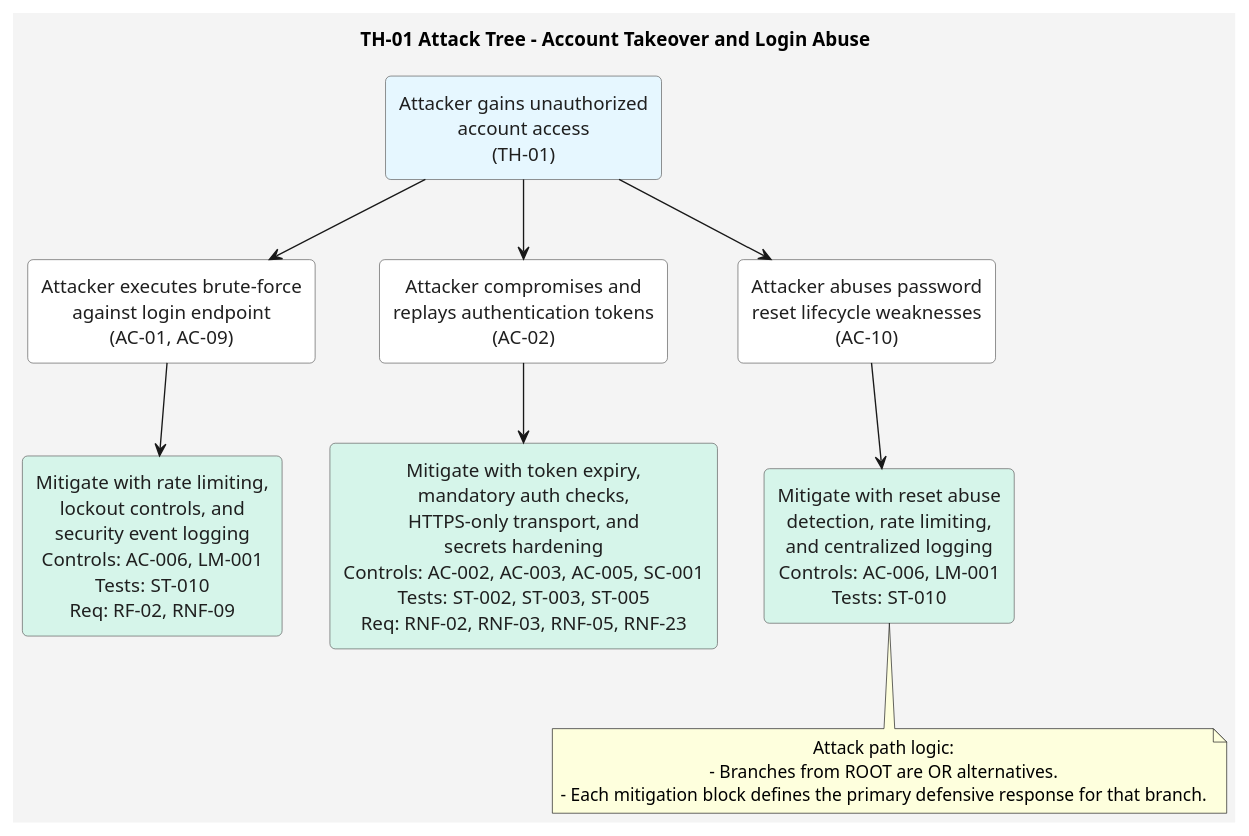
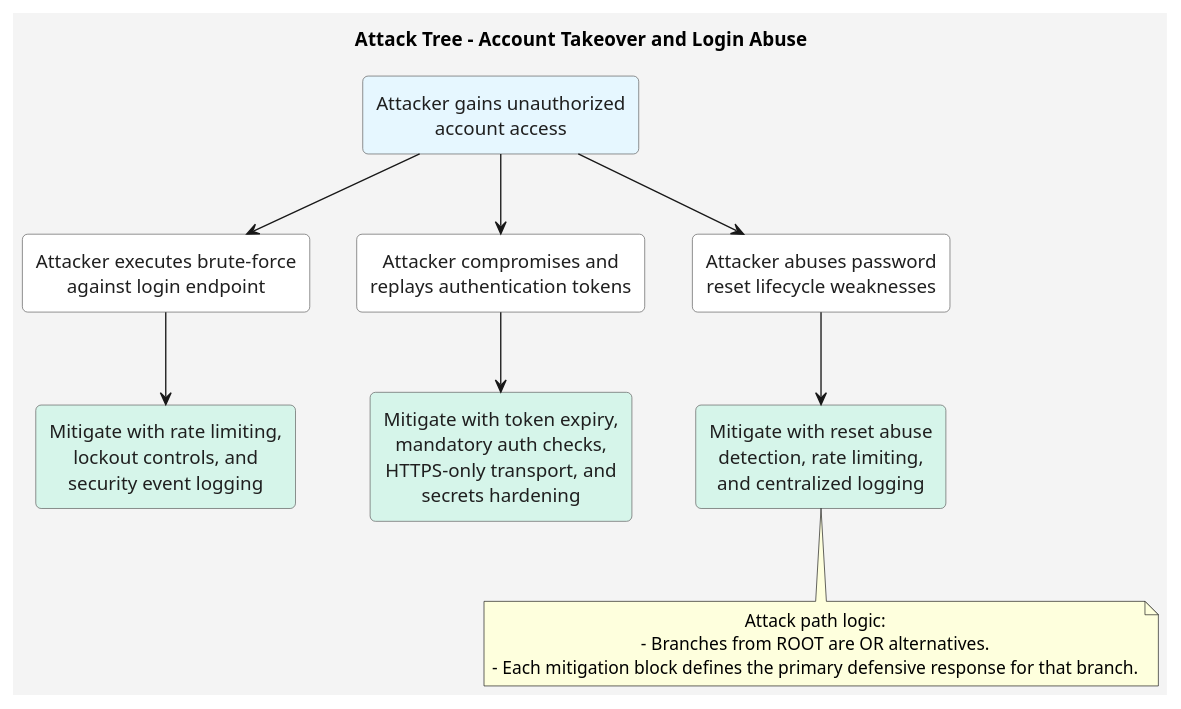
One commit to mei-desofs/desofs2026-wed_nap_2 changed the diagram in Documentation/ThreatModeling/AttackTrees/TH-01-Account-Takeover-Attack-Tree.puml. Above: the diagram before and after it, drawn with PlantUML. The commit also changed 2 other files, not shown here.

Commit message:
Docs: Refactor attack tree titles and descriptions for consistency and clarity

```diff
--- a/Documentation/ThreatModeling/AttackTrees/TH-01-Account-Takeover-Attack-Tree.puml
+++ b/Documentation/ThreatModeling/AttackTrees/TH-01-Account-Takeover-Attack-Tree.puml
@@ -1,37 +1,37 @@
 @startuml
-title TH-01 Attack Tree - Account Takeover and Login Abuse
+title Attack Tree - Account Takeover and Login Abuse
 
 skinparam backgroundColor #f4f4f4
 skinparam shadowing false
 skinparam defaultTextAlignment center
 skinparam rectangle {
 	BorderColor #5c5c5c
 	FontColor #1f1f1f
 	RoundCorner 8
 }
 
-rectangle "Attacker gains unauthorized\naccount access\n(TH-01)" as ROOT #e6f7ff
+rectangle "Attacker gains unauthorized\naccount access" as ROOT #e6f7ff
 
-rectangle "Attacker executes brute-force\nagainst login endpoint\n(AC-01, AC-09)" as BRUTEFORCE #ffffff
-rectangle "Attacker compromises and\nreplays authentication tokens\n(AC-02)" as TOKEN_REPLAY #ffffff
-rectangle "Attacker abuses password\nreset lifecycle weaknesses\n(AC-10)" as RESET_ABUSE #ffffff
+rectangle "Attacker executes brute-force\nagainst login endpoint" as BRUTEFORCE #ffffff
+rectangle "Attacker compromises and\nreplays authentication tokens" as TOKEN_REPLAY #ffffff
+rectangle "Attacker abuses password\nreset lifecycle weaknesses" as RESET_ABUSE #ffffff
 
-rectangle "Mitigate with rate limiting,\nlockout controls, and\nsecurity event logging\nControls: AC-006, LM-001\nTests: ST-010\nReq: RF-02, RNF-09" as M_BRUTEFORCE #d6f5ea
-rectangle "Mitigate with token expiry,\nmandatory auth checks,\nHTTPS-only transport, and\nsecrets hardening\nControls: AC-002, AC-003, AC-005, SC-001\nTests: ST-002, ST-003, ST-005\nReq: RNF-02, RNF-03, RNF-05, RNF-23" as M_TOKEN_REPLAY #d6f5ea
-rectangle "Mitigate with reset abuse\ndetection, rate limiting,\nand centralized logging\nControls: AC-006, LM-001\nTests: ST-010" as M_RESET_ABUSE #d6f5ea
+rectangle "Mitigate with rate limiting,\nlockout controls, and\nsecurity event logging" as M_BRUTEFORCE #d6f5ea
+rectangle "Mitigate with token expiry,\nmandatory auth checks,\nHTTPS-only transport, and\nsecrets hardening" as M_TOKEN_REPLAY #d6f5ea
+rectangle "Mitigate with reset abuse\ndetection, rate limiting,\nand centralized logging" as M_RESET_ABUSE #d6f5ea
 
 ROOT -down-> BRUTEFORCE
 ROOT -down-> TOKEN_REPLAY
 ROOT -down-> RESET_ABUSE
 
 BRUTEFORCE -down-> M_BRUTEFORCE
 TOKEN_REPLAY -down-> M_TOKEN_REPLAY
 RESET_ABUSE -down-> M_RESET_ABUSE
 
 note bottom
 Attack path logic:
 - Branches from ROOT are OR alternatives.
 - Each mitigation block defines the primary defensive response for that branch.
 end note
 
 @enduml
```
